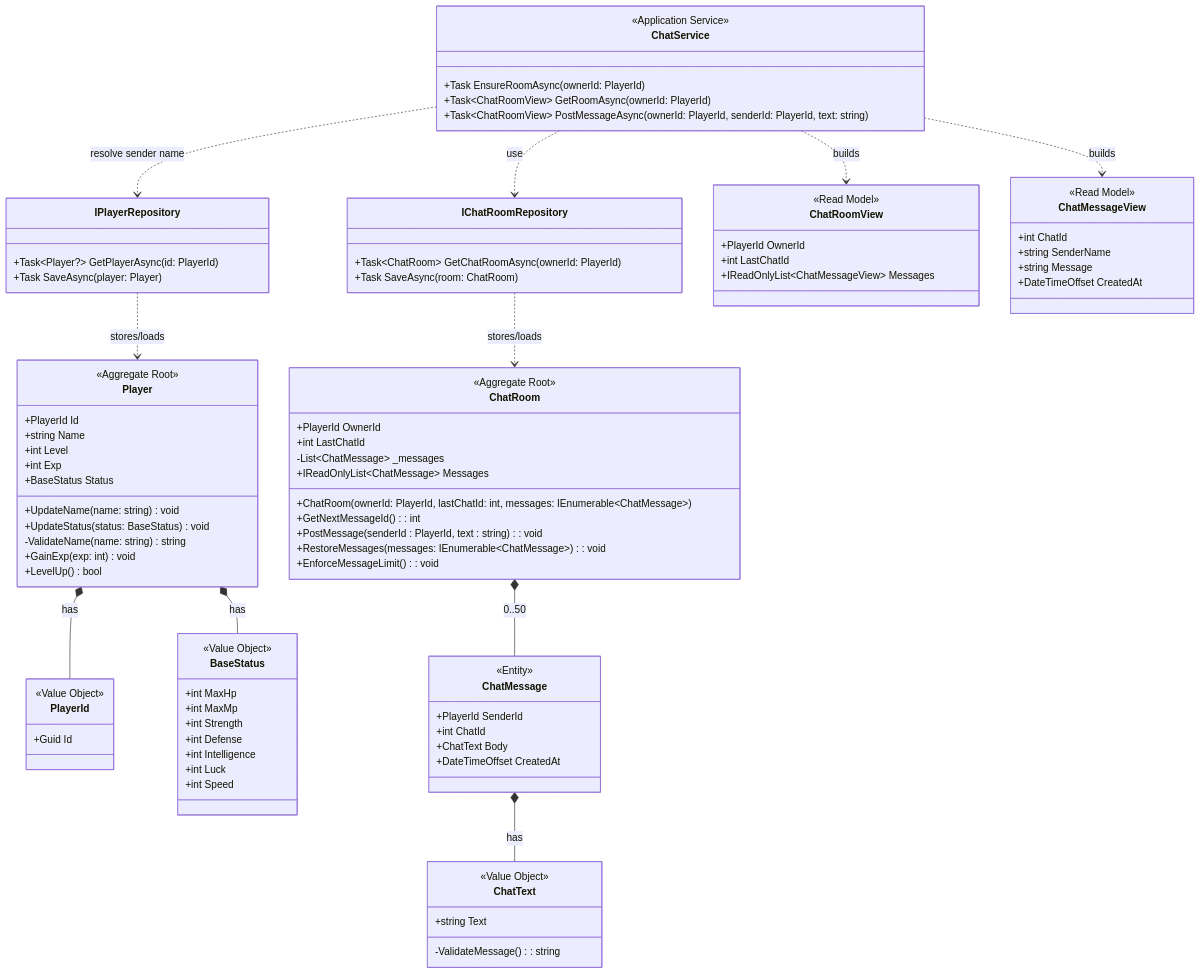
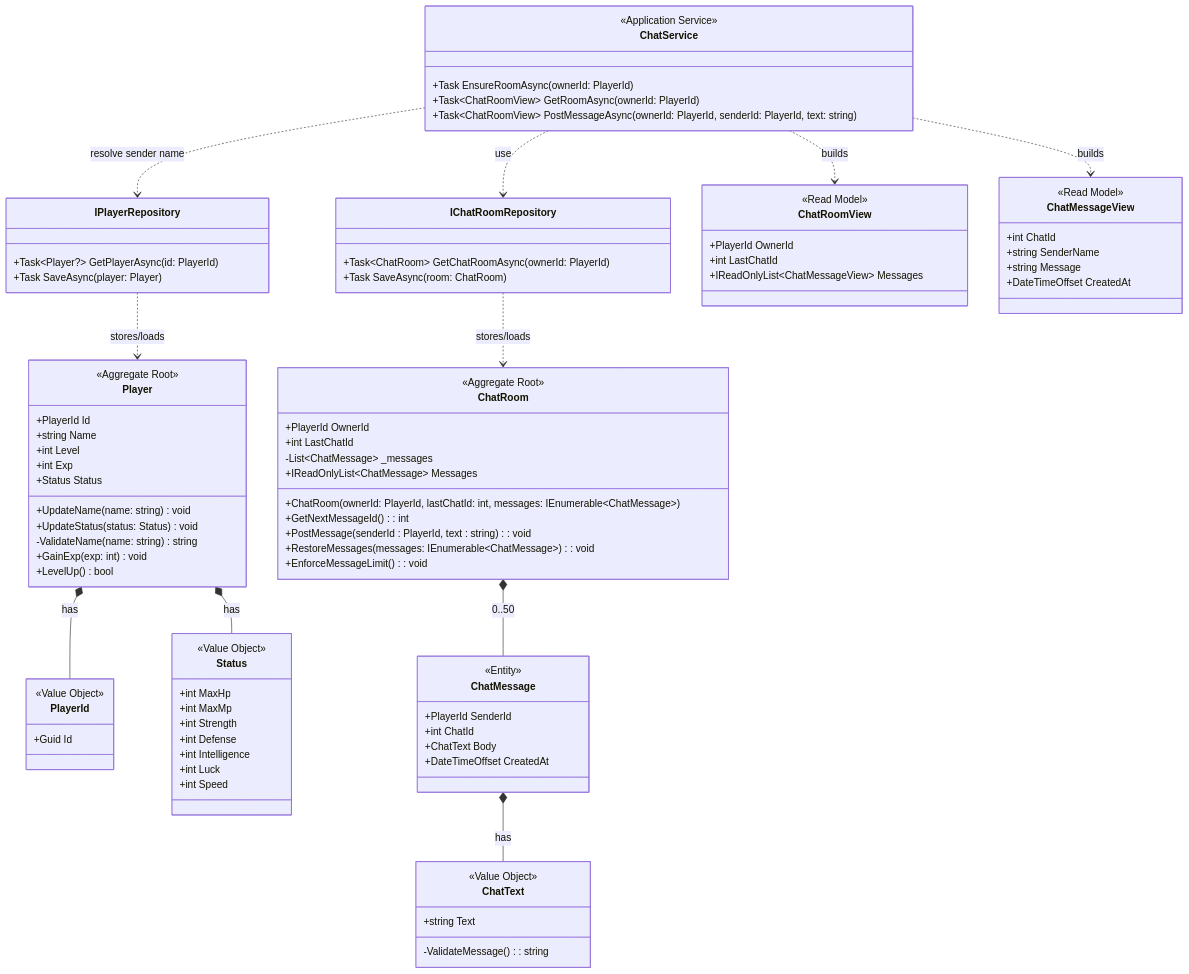
The diagram in docs/MMD01_ドメインモデル.mmd (ayumu203/nisekue), drawn with Mermaid before and after one commit. The commit also changed 4 other files, not shown here.

Commit message:
refactor: rename BaseStatus to Status

```diff
--- a/docs/MMD01_ドメインモデル.mmd
+++ b/docs/MMD01_ドメインモデル.mmd
@@ -1,104 +1,104 @@
 classDiagram
     %% Player の基本情報
     class Player {
         <<Aggregate Root>>
         +PlayerId Id
         +string Name
         +int Level
         +int Exp
-        +BaseStatus Status
+        +Status Status
         +UpdateName(name: string) void
-        +UpdateStatus(status: BaseStatus) void
+        +UpdateStatus(status: Status) void
         -ValidateName(name: string) string 
         +GainExp(exp: int) void
         +LevelUp() bool
     }
 
     class PlayerId {
         <<Value Object>>
         +Guid Id
     }
 
     %% Player の基本ステータス
-    class BaseStatus {
+    class Status {
         <<Value Object>>
         +int MaxHp
         +int MaxMp
         +int Strength
         +int Defense
         +int Intelligence
         +int Luck
         +int Speed
     }
 
     class IPlayerRepository {
         +Task~Player?~ GetPlayerAsync(id: PlayerId)
         +Task SaveAsync(player: Player)
     }
     Player *-- PlayerId : has
-    Player *-- BaseStatus : has
+    Player *-- Status : has
     IPlayerRepository ..> Player : stores/loads
 
     %% ルームチャット機能
     class ChatRoom {
         <<Aggregate Root>>
         +PlayerId OwnerId
         +int LastChatId
         -List~ChatMessage~ _messages
         +IReadOnlyList~ChatMessage~ Messages
         +ChatRoom(ownerId: PlayerId, lastChatId: int, messages: IEnumerable~ChatMessage~)
         +GetNextMessageId() : int
         +PostMessage(senderId : PlayerId, text : string) : void
         +RestoreMessages(messages: IEnumerable~ChatMessage~) : void
         +EnforceMessageLimit() : void
     }
     %% メッセージ管理の単位
     class ChatMessage {
         <<Entity>>
         +PlayerId SenderId
         +int ChatId
         +ChatText Body
         +DateTimeOffset CreatedAt
     }
     %% メッセージの文字列の値オブジェクト
     class ChatText {
         <<Value Object>>
         +string Text
         -ValidateMessage() : string
     }
 
     %% チャットルームとDBのつなぎ込み
     class IChatRoomRepository {
         +Task~ChatRoom~ GetChatRoomAsync(ownerId: PlayerId)
         +Task SaveAsync(room: ChatRoom)
     }
     %% フロントへ表示するチャットルームのデータ
     class ChatRoomView {
         <<Read Model>>
         +PlayerId OwnerId
         +int LastChatId
         +IReadOnlyList~ChatMessageView~ Messages
     }
     %% フロントへ表示するチャットデータ
     class ChatMessageView {
         <<Read Model>>
         +int ChatId
         +string SenderName
         +string Message
         +DateTimeOffset CreatedAt
     }
     %% フロントとデータのやり取りをするサービス
     class ChatService {
         <<Application Service>>
         +Task EnsureRoomAsync(ownerId: PlayerId)
         +Task~ChatRoomView~ GetRoomAsync(ownerId: PlayerId)
         +Task~ChatRoomView~ PostMessageAsync(ownerId: PlayerId, senderId: PlayerId, text: string)
     }
     
     ChatRoom *-- ChatMessage : 0..50
     ChatMessage *-- ChatText : has
     IChatRoomRepository ..> ChatRoom : stores/loads
     ChatService ..> IChatRoomRepository : use
     ChatService ..> IPlayerRepository : resolve sender name
     ChatService ..> ChatMessageView : builds
     ChatService ..> ChatRoomView : builds
```
